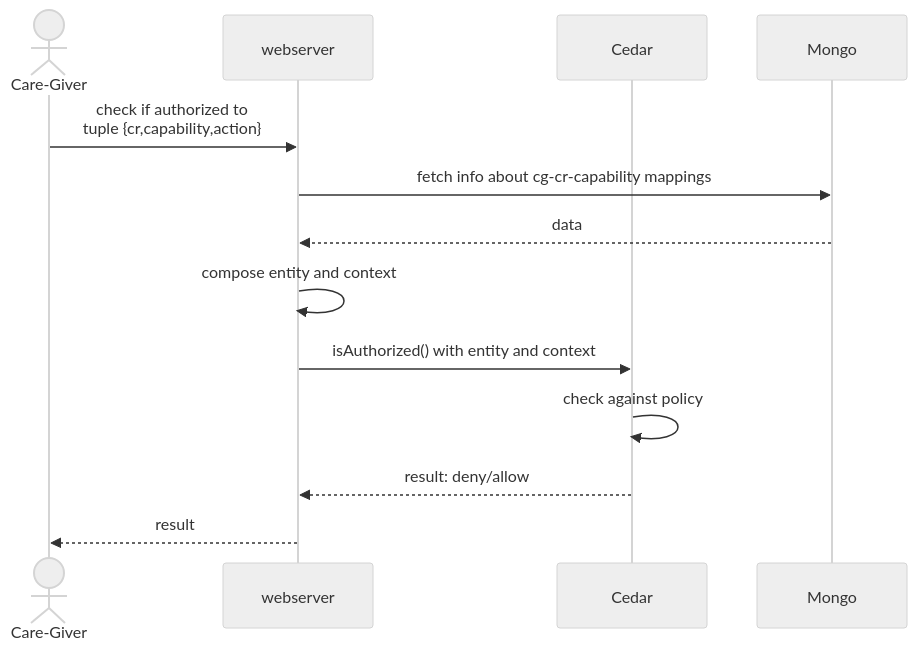
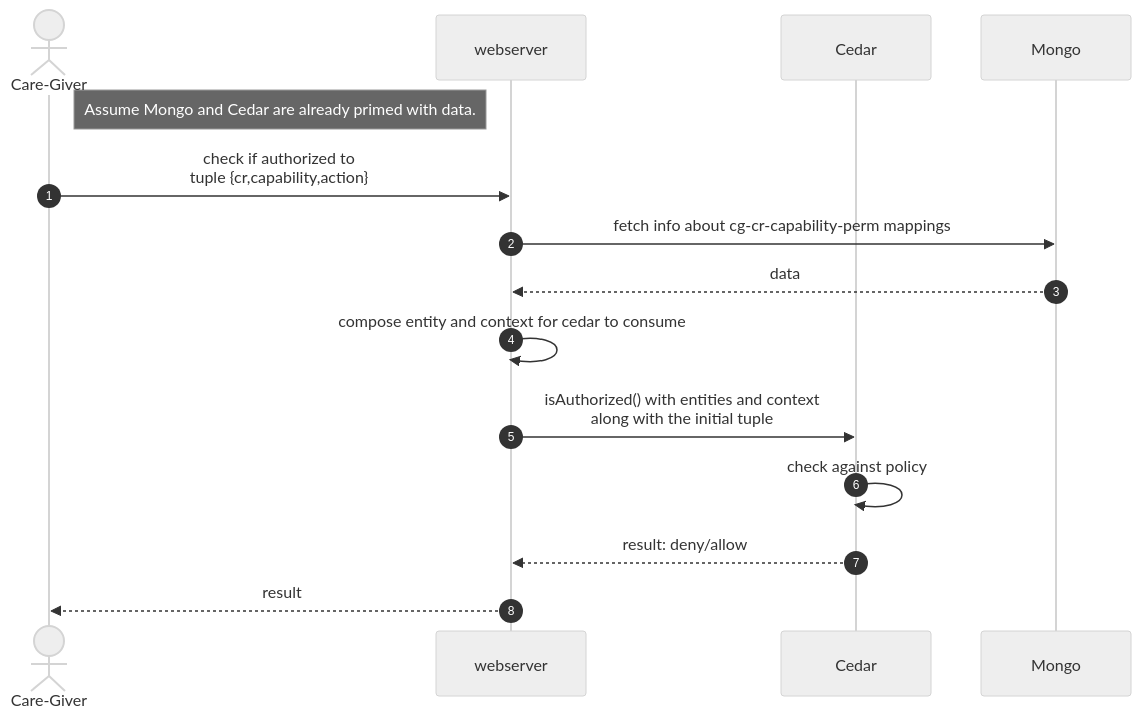
One commit to tomkaith13/mongo-cedar changed the second of 2 diagrams in Readme.md. Above: the diagram before and after it, drawn with Mermaid (neutral theme). The commit also changed other lines of this file, not shown here.

Commit message:
added more changes to readme

````diff
--- a/Readme.md
+++ b/Readme.md
@@ -42,20 +43,22 @@
 ```mermaid
 sequenceDiagram
+    autonumber
     actor cg as Care-Giver
     participant app as webserver
     participant authz as Cedar
     participant db as Mongo
 
+    note right of cg: Assume Mongo and Cedar are already primed with data.
     cg ->> app: check if authorized to <br/> tuple {cr,capability,action}
-    app->>db: fetch info about cg-cr-capability mappings
+    app->>db: fetch info about cg-cr-capability-perm mappings
     db-->>app: data
-    app->>app: compose entity and context
-    app->>authz: isAuthorized() with entity and context
+    app->>app: compose entity and context for cedar to consume
+    app->>authz: isAuthorized() with entities and context <br/> along with the initial tuple
     authz->>authz: check against policy
     authz-->>app: result: deny/allow
     app-->>cg: result
 
     
     
     
 ```
````
